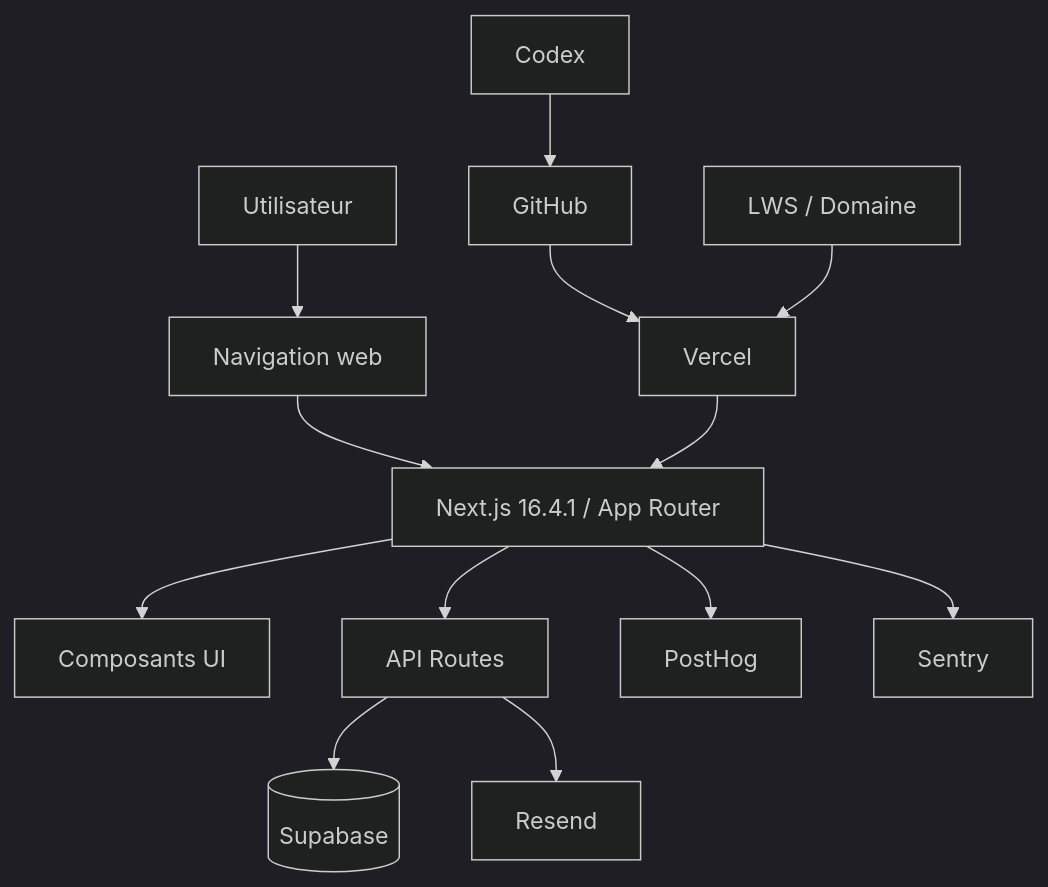
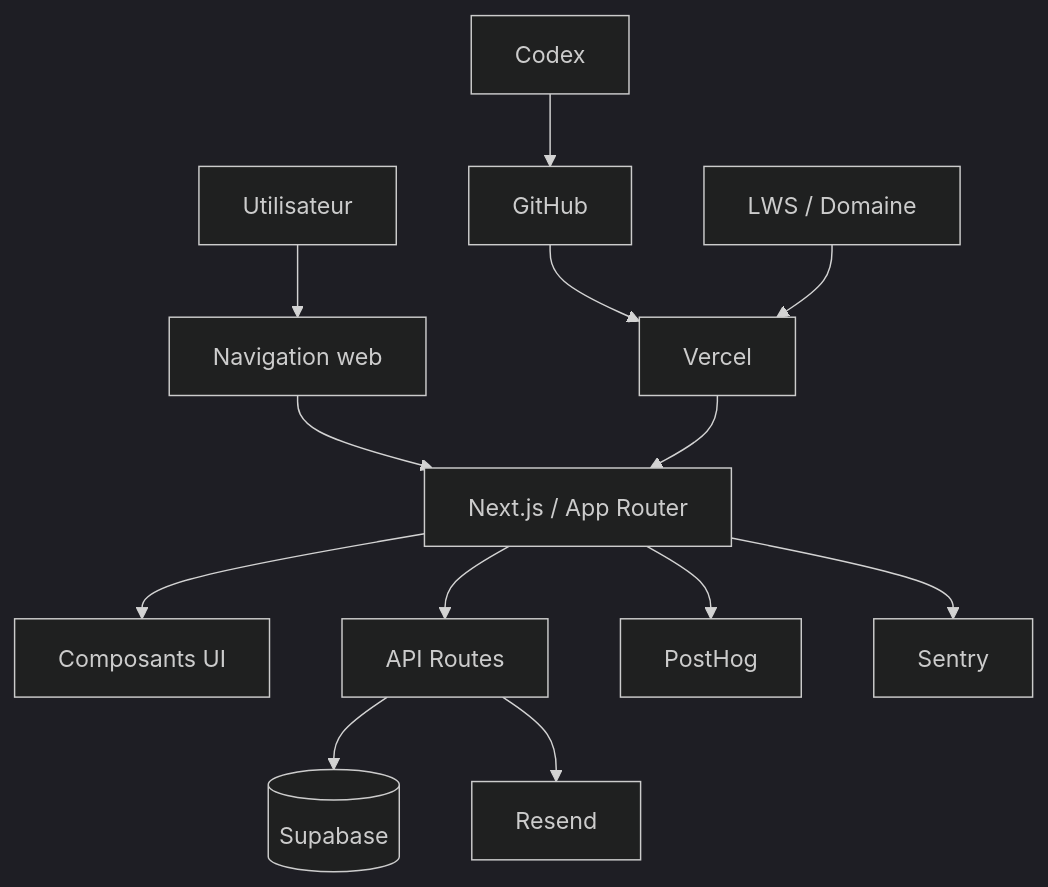
The diagram in documentation/architecture/methodologie-fonctionnement-site.md (maxd4/CleanmyMap), drawn with Mermaid (dark theme) before and after one commit. The commit also changed other lines of this file and 5 other files, not shown here.

````diff
--- a/documentation/architecture/methodologie-fonctionnement-site.md
+++ b/documentation/architecture/methodologie-fonctionnement-site.md
@@ -25,17 +27,17 @@
 ```mermaid
 flowchart TD
   U[Utilisateur] --> N[Navigation web]
-  N --> W[Next.js 16.4.1 / App Router]
+  N --> W[Next.js / App Router]
   W --> C[Composants UI]
   W --> A[API Routes]
 
   A --> S[(Supabase)]
   A --> R[Resend]
   W --> P[PostHog]
   W --> E[Sentry]
 
   G[GitHub] --> V[Vercel]
   Cx[Codex] --> G
   V --> W
   D[LWS / Domaine] --> V
 ```
````
